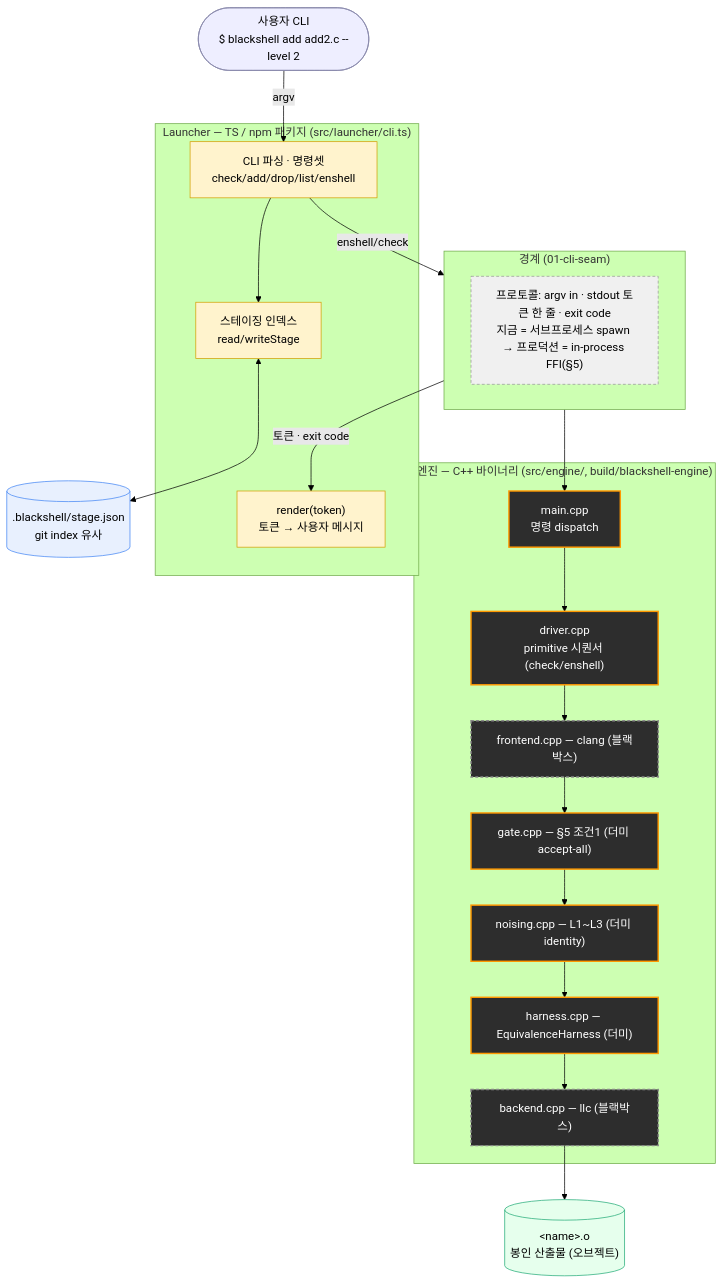
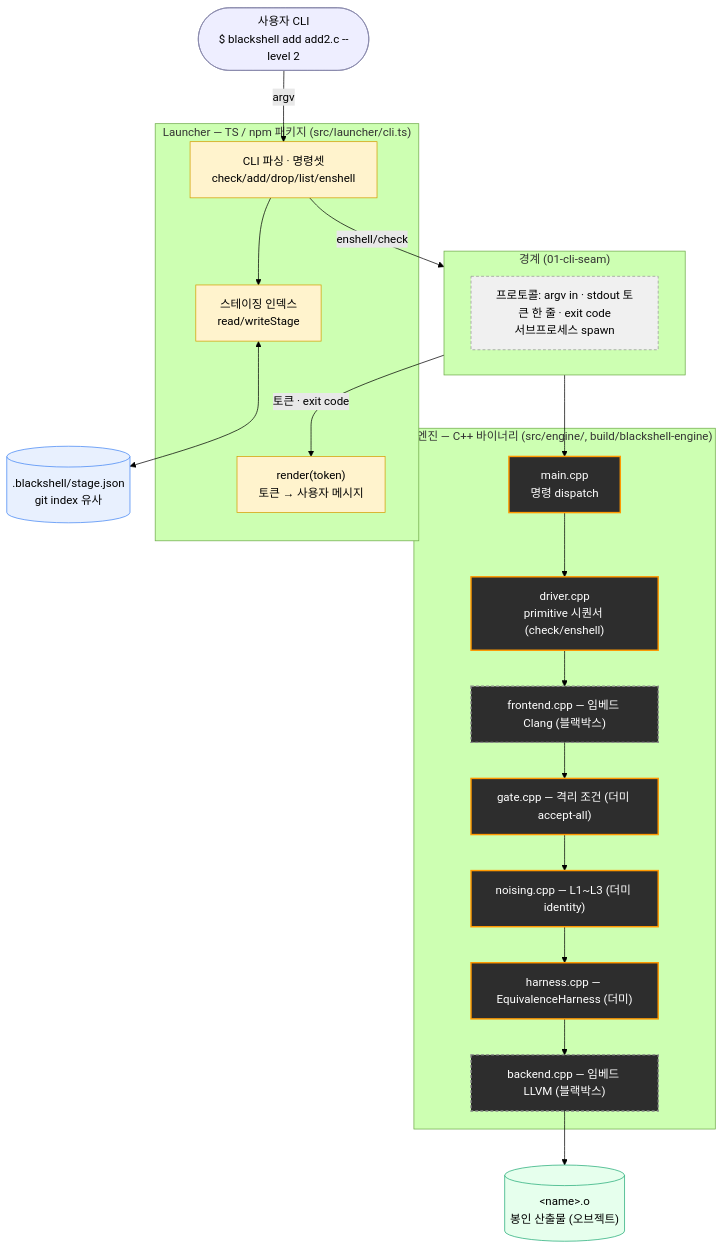
The first of 2 diagrams in docs/Architecture.md (sdkurjnk/BlackShell), drawn with Mermaid (forest theme) before and after one commit. The commit also changed other lines of this file, not shown here.

First line of the commit message:
docs: trim Architecture.md to current state, drop production-goal sections

````diff
--- a/docs/Architecture.md
+++ b/docs/Architecture.md
@@ -14,45 +13,45 @@
 ```mermaid
 flowchart TD
     USER(["사용자 CLI<br/>$ blackshell add add2.c --level 2"]):::user
 
     subgraph LAUNCHER["Launcher — TS / npm 패키지 (src/launcher/cli.ts)"]
         PARSE["CLI 파싱 · 명령셋<br/>check/add/drop/list/enshell"]:::js
         STAGEMOD["스테이징 인덱스<br/>read/writeStage"]:::js
         RENDER["render(token)<br/>토큰 → 사용자 메시지"]:::js
     end
 
     subgraph SEAM["경계 (01-cli-seam)"]
         direction LR
-        PROTO["프로토콜: argv in · stdout 토큰 한 줄 · exit code<br/>지금 = 서브프로세스 spawn → 프로덕션 = in-process FFI(§5)"]:::seam
+        PROTO["프로토콜: argv in · stdout 토큰 한 줄 · exit code<br/>서브프로세스 spawn"]:::seam
     end
 
     subgraph ENGINE["엔진 — C++ 바이너리 (src/engine/, build/blackshell-engine)"]
         MAIN["main.cpp<br/>명령 dispatch"]:::ours
         DRV["driver.cpp<br/>primitive 시퀀서 (check/enshell)"]:::ours
-        FE["frontend.cpp — clang (블랙박스)"]:::box
-        GATE["gate.cpp — §5 조건1 (더미 accept-all)"]:::ours
+        FE["frontend.cpp — 임베드 Clang (블랙박스)"]:::box
+        GATE["gate.cpp — 격리 조건 (더미 accept-all)"]:::ours
         NOISE["noising.cpp — L1~L3 (더미 identity)"]:::ours
         HARN["harness.cpp — EquivalenceHarness (더미)"]:::ours
-        BE["backend.cpp — llc (블랙박스)"]:::box
+        BE["backend.cpp — 임베드 LLVM (블랙박스)"]:::box
     end
 
     STAGEFILE[(".blackshell/stage.json<br/>git index 유사")]:::state
     OUT[("&lt;name&gt;.o<br/>봉인 산출물 (오브젝트)")]:::out
 
     USER -->|argv| PARSE
     PARSE --> STAGEMOD
     PARSE -->|"enshell/check <path>"| PROTO
     PROTO --> MAIN --> DRV
     DRV --> FE --> GATE --> NOISE --> HARN --> BE
     BE --> OUT
     STAGEMOD <--> STAGEFILE
     PROTO -->|"토큰 · exit code"| RENDER
 
     classDef user fill:#eeeeff,stroke:#8888aa,color:#000;
     classDef js fill:#fff3cd,stroke:#d39e00,color:#000;
     classDef seam fill:#f0f0f0,stroke:#999,color:#000,stroke-dasharray:4 3;
     classDef ours fill:#2d2d2d,color:#fff,stroke:#ff9800,stroke-width:2px;
     classDef box fill:#2d2d2d,color:#fff,stroke:#888,stroke-width:2px,stroke-dasharray:4 3;
     classDef state fill:#e8f0fe,stroke:#4285f4,color:#000;
     classDef out fill:#e6ffed,stroke:#22aa77,color:#000;
 ```
````
